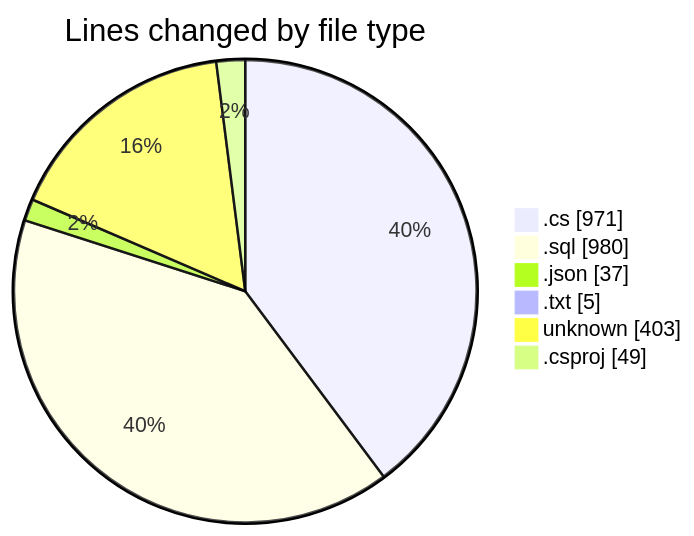
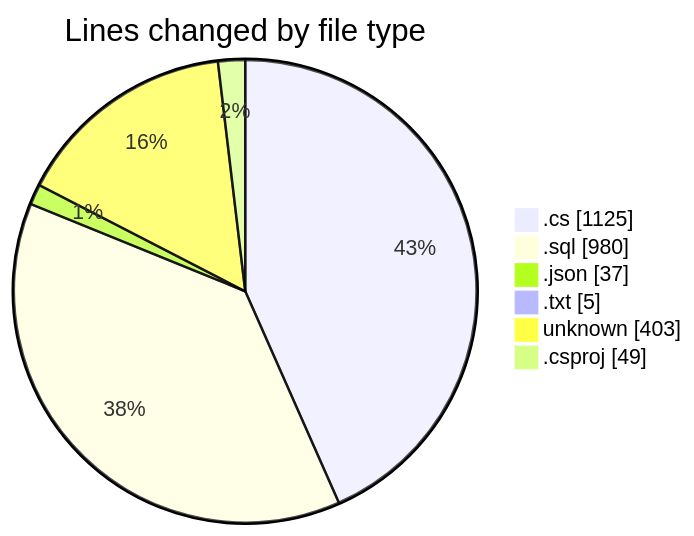
The first of 2 diagrams in 2025-04-04/back-end/README.md (Netris89/code-tracking), drawn with Mermaid before and after one commit. The commit also changed other lines of this file and 1 other file, not shown here.

````diff
--- a/2025-04-04/back-end/README.md
+++ b/2025-04-04/back-end/README.md
@@ -30,10 +31,10 @@
 ```mermaid
 pie showData
 title Lines changed by file type
-".cs" : 971
+".cs" : 1125
 ".sql" : 980
 ".json" : 37
 ".txt" : 5
 "unknown" : 403
 ".csproj" : 49
 ```
````
